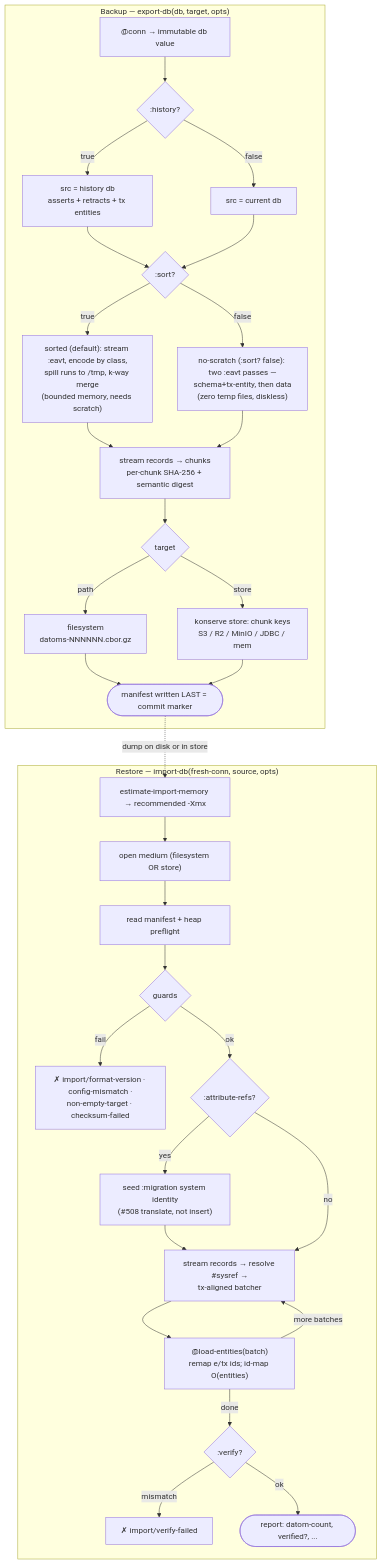
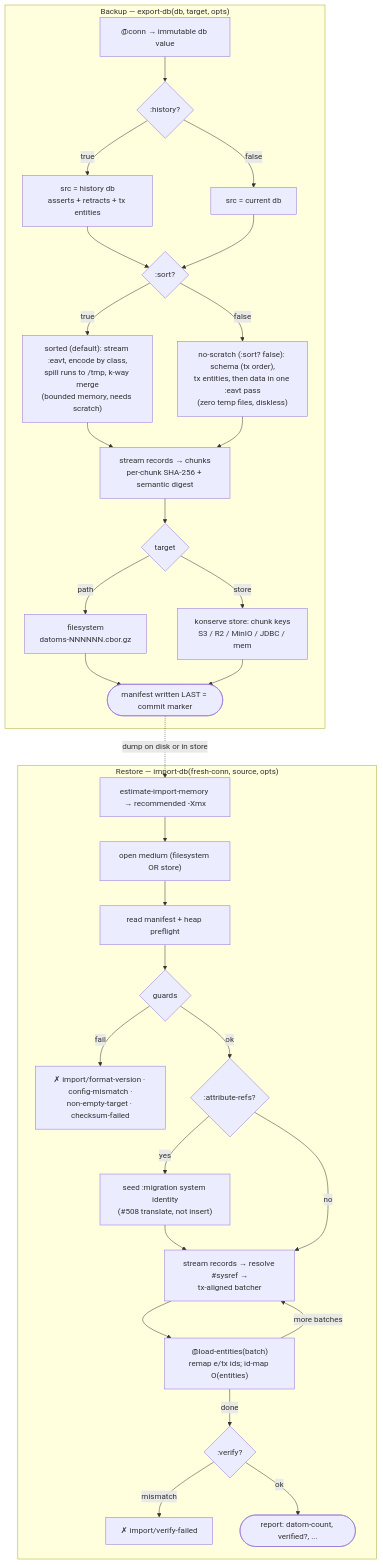
The diagram in doc/migration.md (replikativ/datahike), drawn with Mermaid before and after one commit. The commit also changed other lines of this file and 6 other files, not shown here.

Commit message:
fix(migrate): refuse a :sort? false history export whose schema changed in a way the final schema cannot replay; read schema/tx-meta through AEVT

````diff
--- a/doc/migration.md
+++ b/doc/migration.md
@@ -48,58 +48,58 @@
 ```mermaid
 flowchart TD
   subgraph BACKUP["Backup — export-db(db, target, opts)"]
     E0["@conn → immutable db value"]
     E1{":history?"}
     E2["src = history db<br/>asserts + retracts + tx entities"]
     E3["src = current db"]
     E4{":sort?"}
     E5["sorted (default): stream :eavt, encode by class,<br/>spill runs to /tmp, k-way merge<br/>(bounded memory, needs scratch)"]
-    E6["no-scratch (:sort? false): two :eavt passes —<br/>schema+tx-entity, then data<br/>(zero temp files, diskless)"]
+    E6["no-scratch (:sort? false): schema (tx order),<br/>tx entities, then data in one :eavt pass<br/>(zero temp files, diskless)"]
     E7["stream records → chunks<br/>per-chunk SHA-256 + semantic digest"]
     E8{"target"}
     E9["filesystem<br/>datoms-NNNNNN.cbor.gz"]
     E10["konserve store: chunk keys<br/>S3 / R2 / MinIO / JDBC / mem"]
     E11(["manifest written LAST = commit marker"])
     E0-->E1
     E1-- true -->E2
     E1-- false -->E3
     E2-->E4
     E3-->E4
     E4-- "true" -->E5
     E4-- "false" -->E6
     E5-->E7
     E6-->E7
     E7-->E8
     E8-- path -->E9
     E8-- store -->E10
     E9-->E11
     E10-->E11
   end
 
   subgraph RESTORE["Restore — import-db(fresh-conn, source, opts)"]
     I0["estimate-import-memory → recommended -Xmx"]
     I1["open medium (filesystem OR store)"]
     I2["read manifest + heap preflight"]
     I3{"guards"}
     I4["✗ import/format-version · config-mismatch ·<br/>non-empty-target · checksum-failed"]
     I5{":attribute-refs?"}
     I6["seed :migration system identity<br/>(#508 translate, not insert)"]
     I7["stream records → resolve #sysref →<br/>tx-aligned batcher"]
     I8["@load-entities(batch)<br/>remap e/tx ids; id-map O(entities)"]
     I9{":verify?"}
     I10["✗ import/verify-failed"]
     I13(["report: datom-count, verified?, ..."])
     I0-->I1-->I2-->I3
     I3-- fail -->I4
     I3-- ok -->I5
     I5-- yes -->I6-->I7
     I5-- no -->I7
     I7-->I8
     I8-- "more batches" -->I7
     I8-- done -->I9
     I9-- ok -->I13
     I9-- mismatch -->I10
   end
 
   E11 -. "dump on disk or in store" .-> I0
 ```
````
